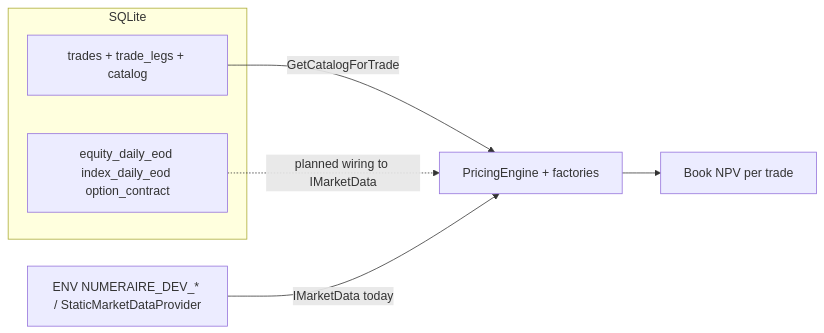
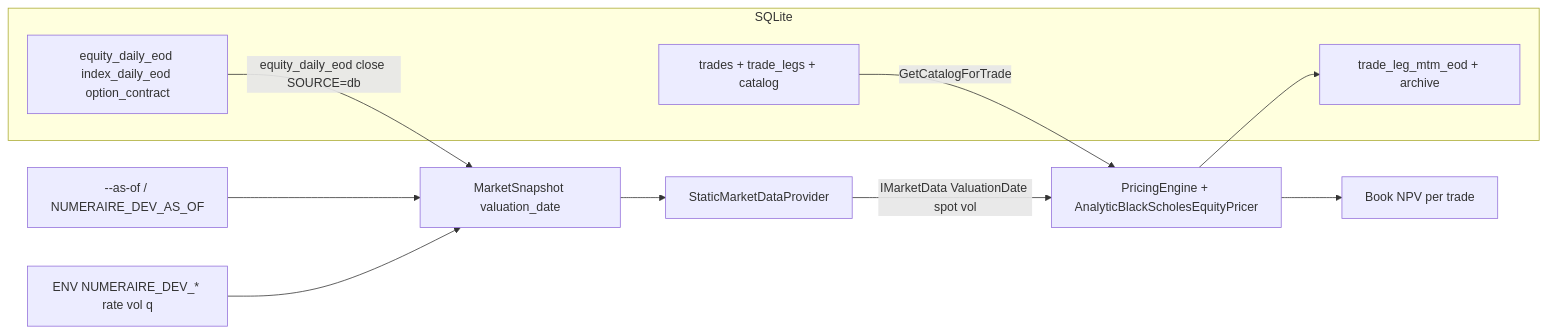
One commit to krzysiekbienias/numeraire changed the tenth of 10 diagrams in docs/architecture.md. Above: the diagram before and after it, drawn with Mermaid. The commit also changed other lines of this file and 2 other files, not shown here.

First line of the commit message:
feat(docs): enhance README and architecture documentation for valuation date and MTM

````diff
--- a/docs/architecture.md
+++ b/docs/architecture.md
@@ -430,12 +454,17 @@
 ```mermaid
 flowchart LR
     subgraph Persisted["SQLite"]
         TR[trades + trade_legs + catalog]
         MD[equity_daily_eod index_daily_eod option_contract]
+        MTM[trade_leg_mtm_eod + archive]
     end
 
-    TR -->|GetCatalogForTrade| PR[PricingEngine + factories]
-    ENV[ENV NUMERAIRE_DEV_* / StaticMarketDataProvider] -->|IMarketData today| PR
-    MD -.->|planned wiring to IMarketData| PR
+    ASOF["--as-of / NUMERAIRE_DEV_AS_OF"] --> SNAP[MarketSnapshot valuation_date]
+    TR -->|GetCatalogForTrade| PR[PricingEngine + AnalyticBlackScholesEquityPricer]
+    ENV[ENV NUMERAIRE_DEV_* rate vol q] --> SNAP
+    SNAP --> SMP[StaticMarketDataProvider]
+    SMP -->|IMarketData ValuationDate spot vol| PR
+    MD -->|equity_daily_eod close SOURCE=db| SNAP
     PR --> NPV[Book NPV per trade]
+    PR --> MTM
 ```
````
